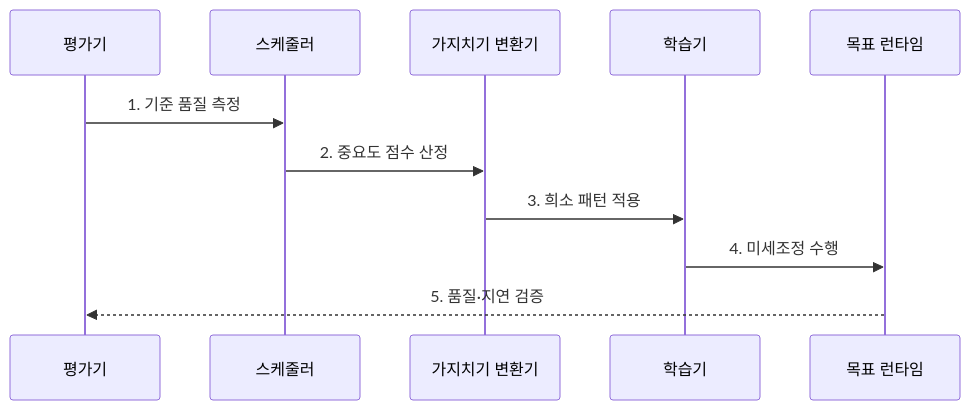
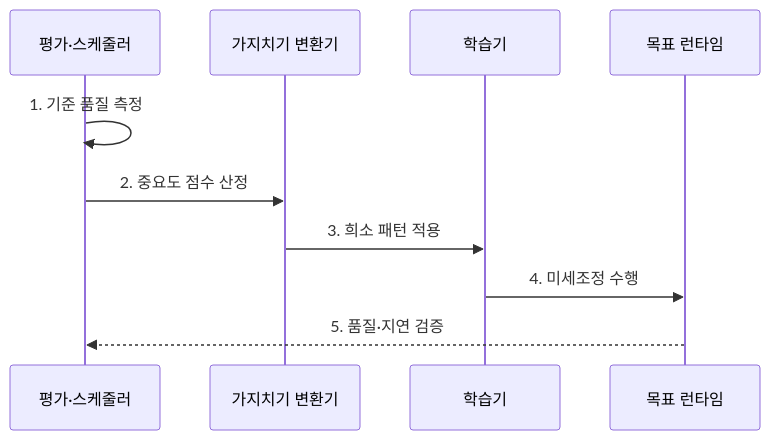
Before and after one commit to agnusdei1207/knowledge-base: the second of 2 diagrams in src/content/docs/notes/08-latest-tech/055_model_pruning.md, drawn with Mermaid. The commit also changed 9 other files, not shown here.

Commit message:
Reduce AI pipeline flow participants

````diff
--- a/src/content/docs/notes/08-latest-tech/055_model_pruning.md
+++ b/src/content/docs/notes/08-latest-tech/055_model_pruning.md
@@ -104,13 +104,12 @@
 ```mermaid
 sequenceDiagram
-    participant E as 평가기
-    participant S as 스케줄러
+    participant E as 평가·스케줄러
     participant P as 가지치기 변환기
     participant T as 학습기
     participant R as 목표 런타임
-    E->>S: 1. 기준 품질 측정
-    S->>P: 2. 중요도 점수 산정
+    E->>E: 1. 기준 품질 측정
+    E->>P: 2. 중요도 점수 산정
     P->>T: 3. 희소 패턴 적용
     T->>R: 4. 미세조정 수행
     R-->>E: 5. 품질·지연 검증
 ```
````
